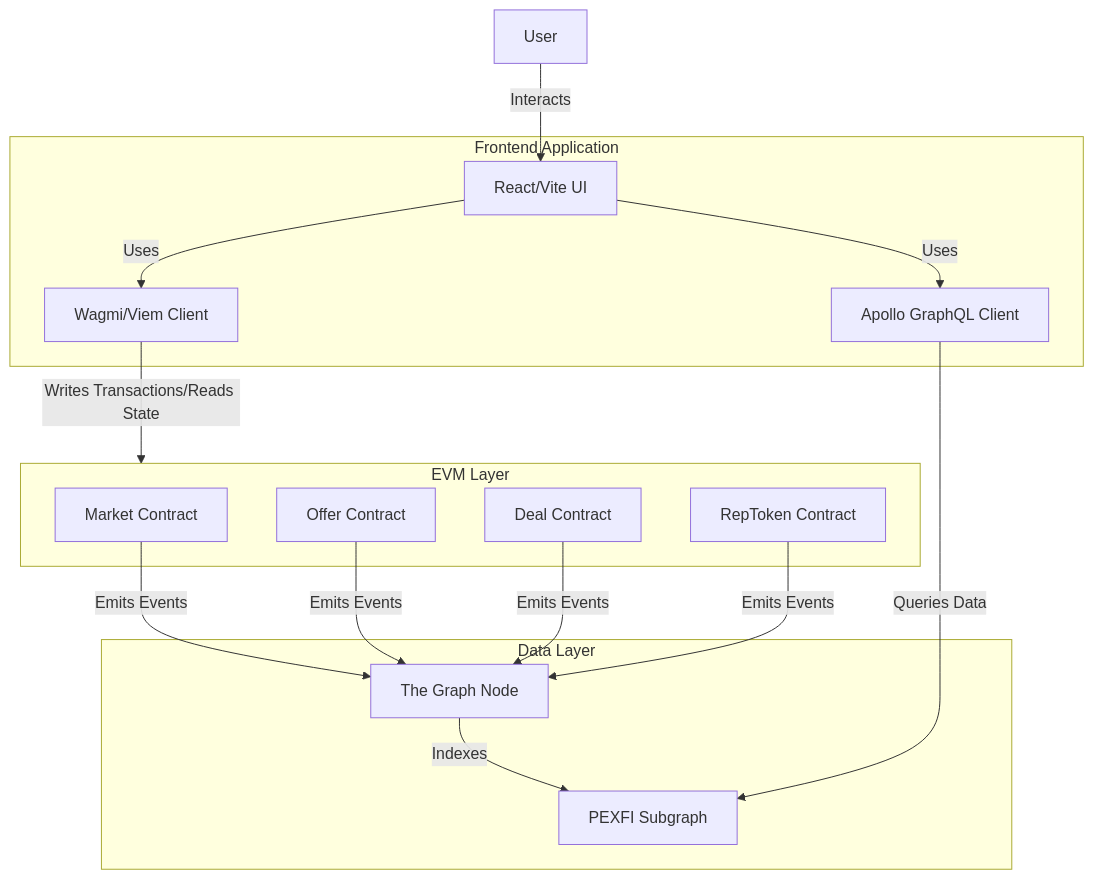
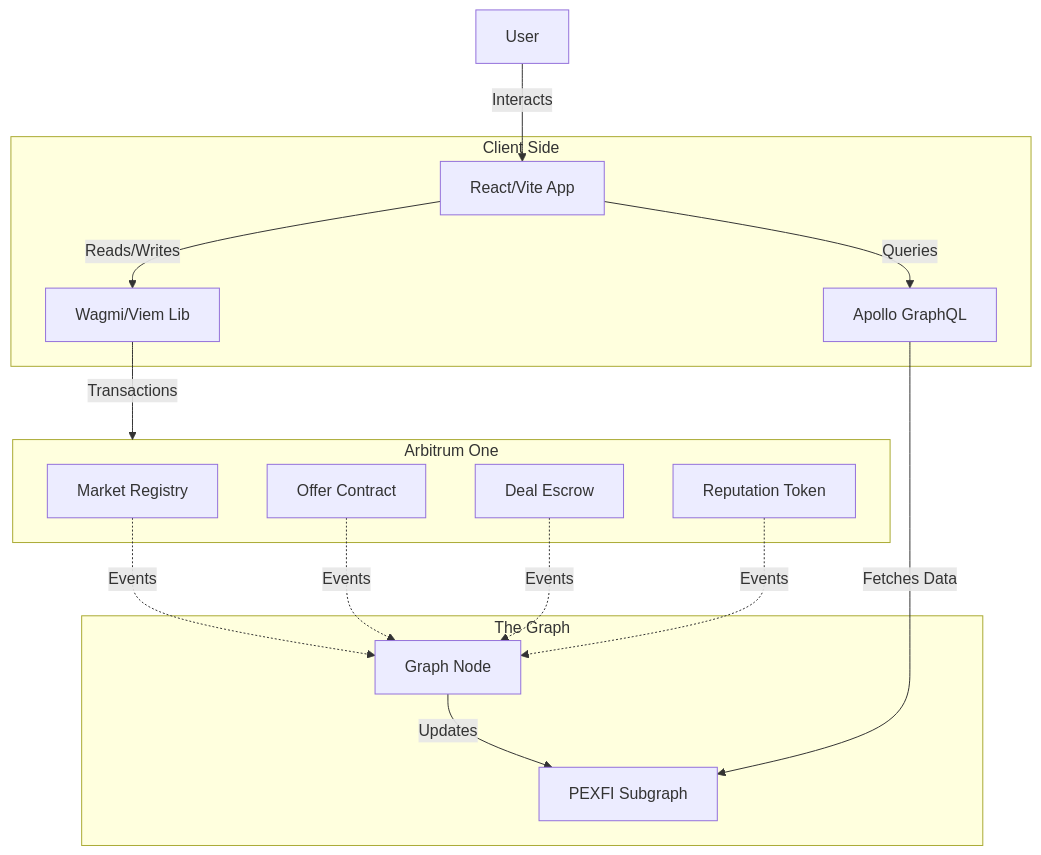
The diagram in docs/developers/architecture.mdx (dappvibe/pexfi), drawn with Mermaid before and after one commit. The commit also changed other lines of this file and 5 other files, not shown here.

````diff
--- a/docs/developers/architecture.mdx
+++ b/docs/developers/architecture.mdx
@@ -15,36 +20,36 @@
 ```mermaid
 graph TD
     User[User]
 
-    subgraph Frontend [Frontend Application]
-        UI[React/Vite UI]
-        Wagmi[Wagmi/Viem Client]
-        Apollo[Apollo GraphQL Client]
+    subgraph Client [Client Side]
+        UI[React/Vite App]
+        Wagmi[Wagmi/Viem Lib]
+        Apollo[Apollo GraphQL]
     end
 
-    subgraph Blockchain [EVM Layer]
-        Market[Market Contract]
+    subgraph Blockchain [Arbitrum One]
+        Market[Market Registry]
         Offer[Offer Contract]
-        Deal[Deal Contract]
-        Rep[RepToken Contract]
+        Deal[Deal Escrow]
+        Rep[Reputation Token]
     end
 
-    subgraph Indexer [Data Layer]
-        GraphNode[The Graph Node]
+    subgraph Indexer [The Graph]
+        GraphNode[Graph Node]
         Subgraph[PEXFI Subgraph]
     end
 
     User -->|Interacts| UI
-    UI -->|Uses| Wagmi
-    UI -->|Uses| Apollo
+    UI -->|Reads/Writes| Wagmi
+    UI -->|Queries| Apollo
 
-    Wagmi -->|Writes Transactions/Reads State| Blockchain
+    Wagmi -->|Transactions| Blockchain
 
-    Market -->|Emits Events| GraphNode
-    Offer -->|Emits Events| GraphNode
-    Deal -->|Emits Events| GraphNode
-    Rep -->|Emits Events| GraphNode
+    Market -.->|Events| GraphNode
+    Offer -.->|Events| GraphNode
+    Deal -.->|Events| GraphNode
+    Rep -.->|Events| GraphNode
 
-    GraphNode -->|Indexes| Subgraph
-    Apollo -->|Queries Data| Subgraph
+    GraphNode -->|Updates| Subgraph
+    Apollo -->|Fetches Data| Subgraph
 ```
````
